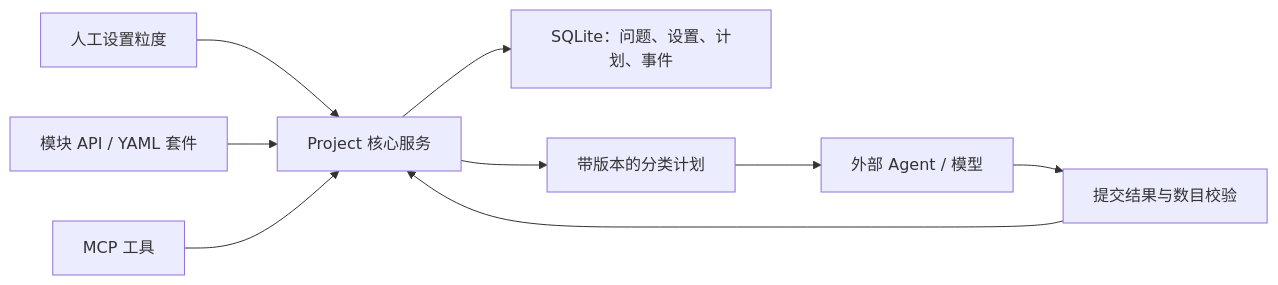
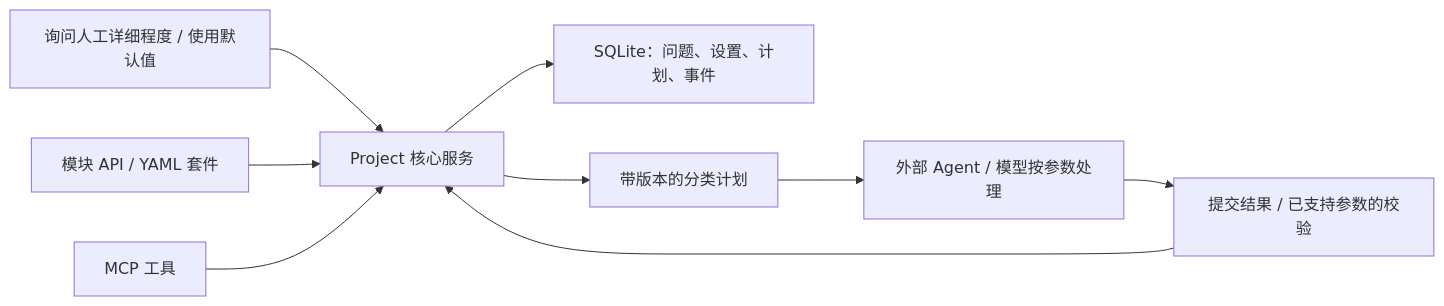
Before and after one commit to Vuiora/AgentGranule: the diagram in docs/blueprint.md, drawn with Mermaid. The commit also changed other lines of this file and 4 other files, not shown here.

````diff
--- a/docs/blueprint.md
+++ b/docs/blueprint.md
@@ -11,11 +15,11 @@
 ```mermaid
 flowchart LR
-    Human[人工设置粒度] --> Core[Project 核心服务]
+    Human[询问人工详细程度 / 使用默认值] --> Core[Project 核心服务]
     Module[模块 API / YAML 套件] --> Core
     MCP[MCP 工具] --> Core
     Core --> Store[SQLite：问题、设置、计划、事件]
     Core --> Plan[带版本的分类计划]
-    Plan --> Host[外部 Agent / 模型]
-    Host --> Validate[提交结果与数目校验]
+    Plan --> Host[外部 Agent / 模型按参数处理]
+    Host --> Validate[提交结果 / 已支持参数的校验]
     Validate --> Core
 ```
````
